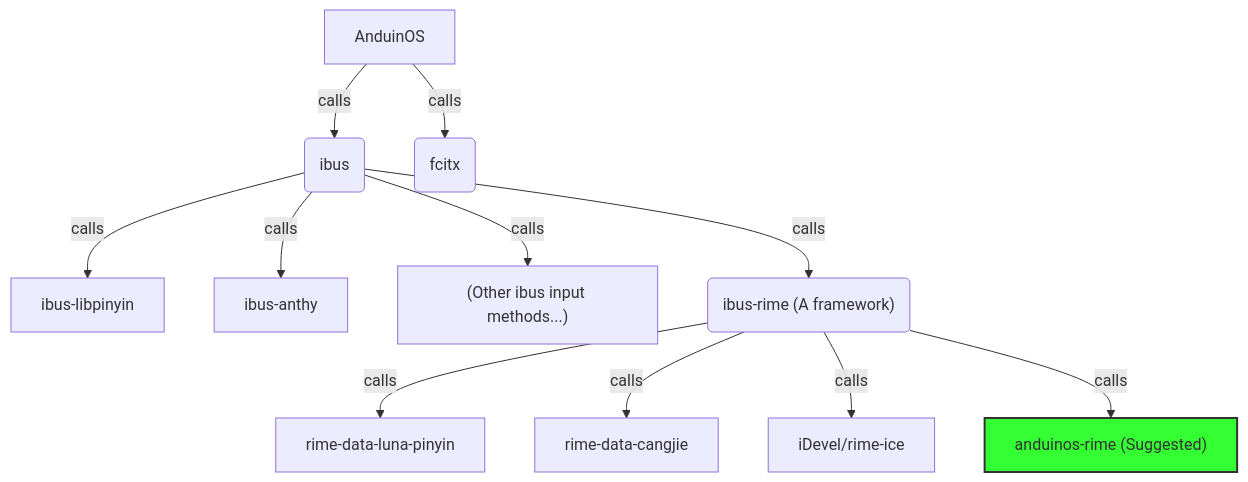
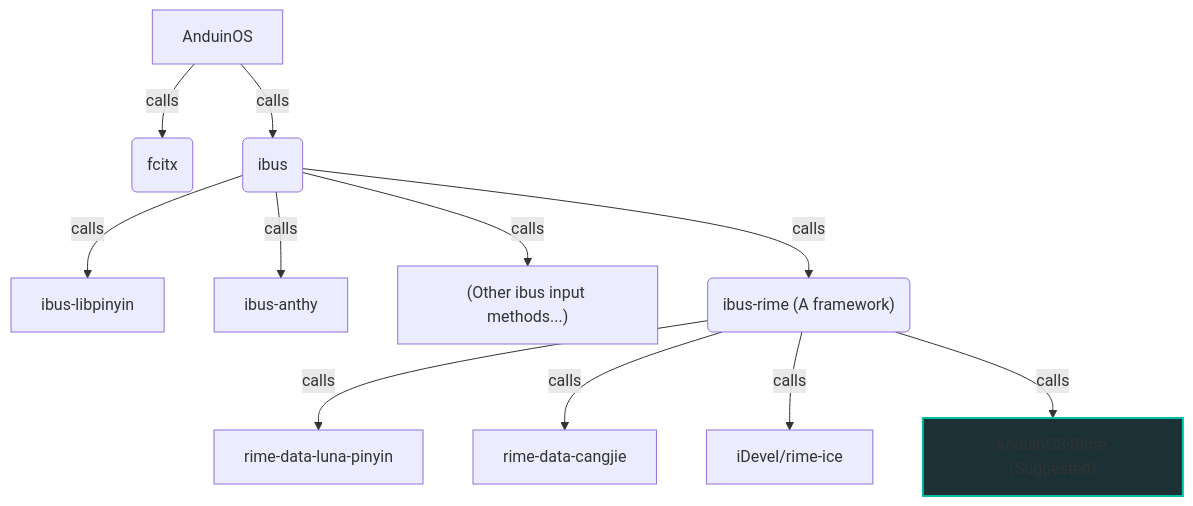
Before and after one commit to Anduin2017/AnduinOS-Docs: the diagram in Install/Install-Input-Method.md, drawn with Mermaid.

Commit message:
chore: Update input method installation guide with clearer instructions

````diff
--- a/Install/Install-Input-Method.md
+++ b/Install/Install-Input-Method.md
@@ -21,15 +21,15 @@
 ```mermaid
 flowchart TD
+    Aos[AnduinOS] -->|calls| Fcitx(fcitx)
     Aos[AnduinOS] -->|calls| Ibs(ibus)
-    Aos[AnduinOS] -->|calls| Fcitx(fcitx)
     Ibs -->|calls| Pin[ibus-libpinyin]
     Ibs -->|calls| Anthy[ibus-anthy]
     Ibs -->|calls| Oth["(Other ibus input methods...)"]
     Ibs -->|calls| Rime("ibus-rime (A framework)")
     Rime -->|calls| Luna[rime-data-luna-pinyin]
     Rime -->|calls| Cangjie[rime-data-cangjie]
     Rime -->|calls| Ice[iDevel/rime-ice]
-    Rime -->|calls| Arime["anduinos-rime (Suggested)"]
+    Rime -->|calls| Arime["AnduinOS-Rime (Suggested)"]
 
-    style Arime fill:#3f3,stroke:#333,stroke-width:2px
+    style Arime fill:#1b3136,stroke:#00bfa5,stroke-width:2px
 ```
````
